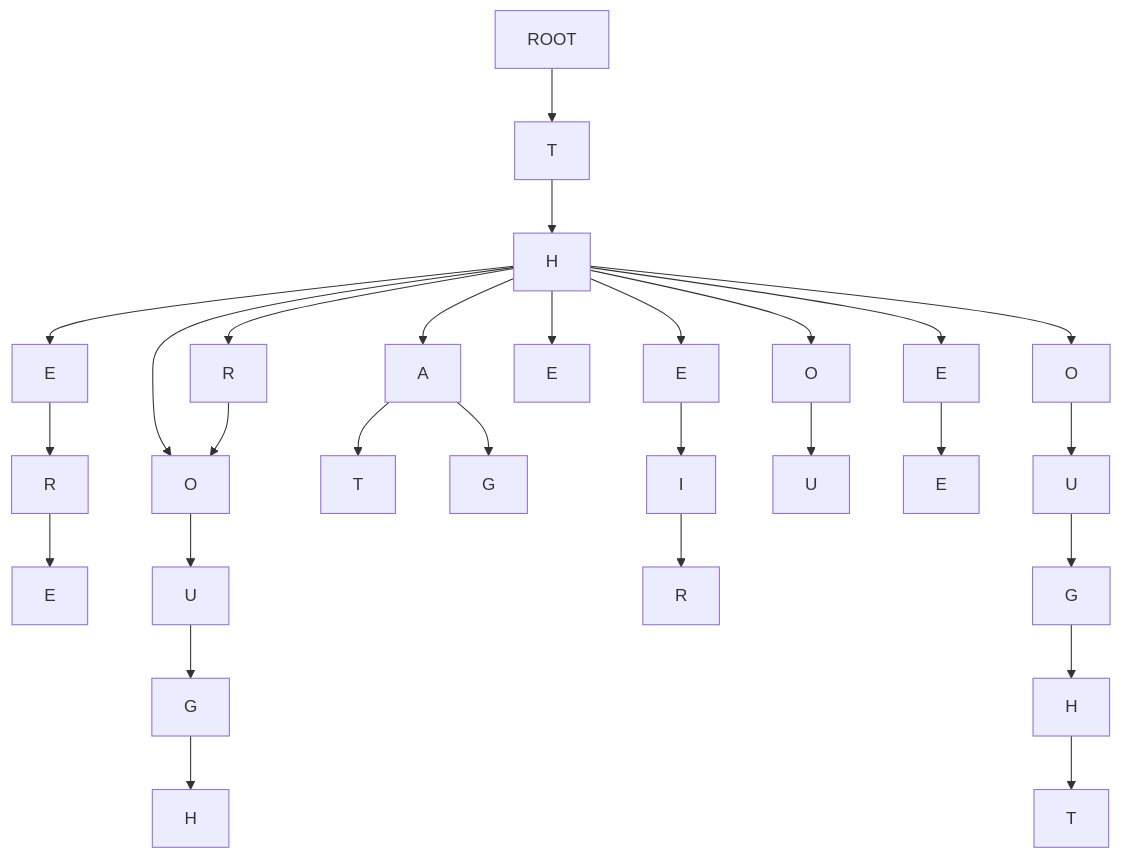
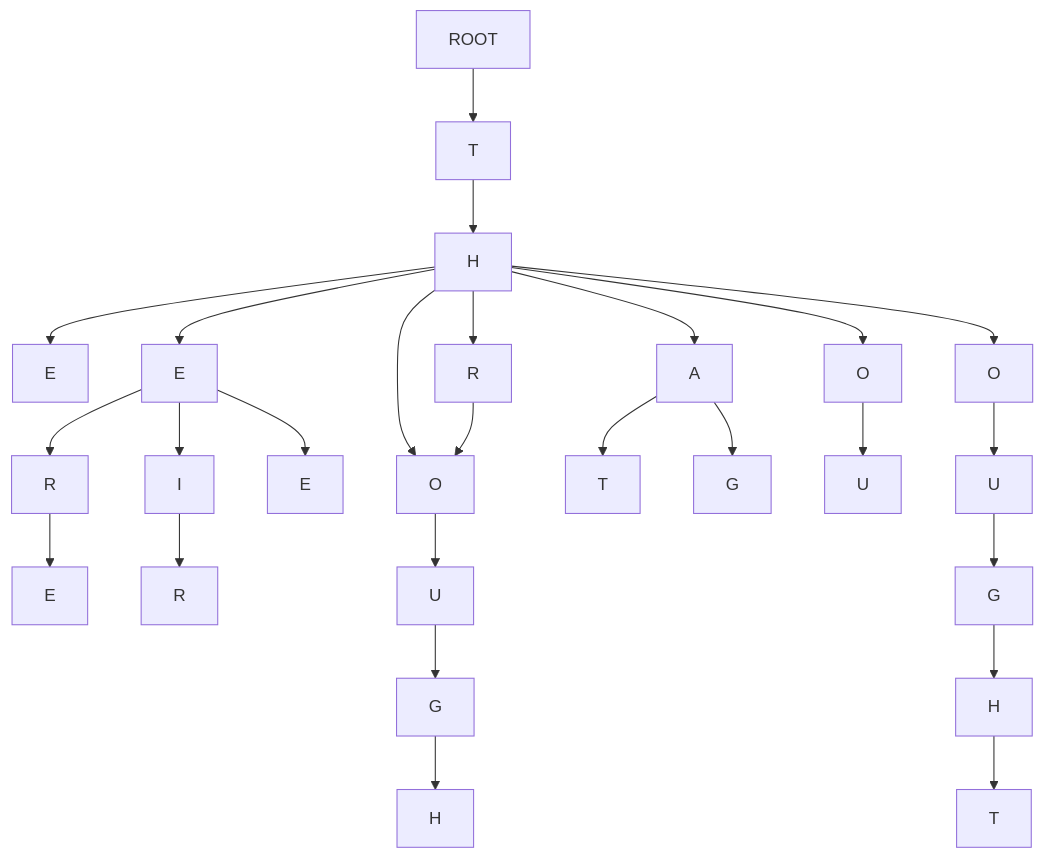
One commit to spencer4404/autocomplete changed the second of 2 diagrams in README.md. Above: the diagram before and after it, drawn with Mermaid. The commit also changed other lines of this file and 2 other files, not shown here.

````diff
--- a/README.md
+++ b/README.md
@@ -308,41 +308,40 @@
 ```mermaid
 graph TD;
     ROOT-->T
     T-->H
 
+    H-->E_the[E]
+
     H-->E_there[E]
     E_there[E]-->R_there[R]
     R_there[R]-->E_there2[E]
+
+    E_there[E]-->I_their[I]
+    I_their[I]-->R_their[R]
+        
+    E_there[E]-->E_thee[E]
 
     H-->O_though[O]
     O_though[O]-->U_though[U]
     U_though[U]-->G_though[G]
     G_though[G]-->H_though[H]
 
     H-->A_that[A]
     A_that[A]-->T_that[T]
 
     A_that[A]-->G_thag[G]
 
-    H-->E_their[E]
-    E_their[E]-->I_their[I]
-    I_their[I]-->R_their[R]
-
     H-->R_through[R]
     R_through[R]-->O_though[O]
-    
-    H-->E_the[E]
 
     H-->O_thou[O]-->U_thou[U]
-
-    H-->E_thee[E]-->E_thee2[E]
 
     H-->O_thought[O]
     O_thought[O]-->U_thought[U]
     U_thought[U]-->G_thought[G]
     G_thought[G]-->H_thought[H]
     H_thought[H]-->T_thought[T]
 
     
 
 ```
````
